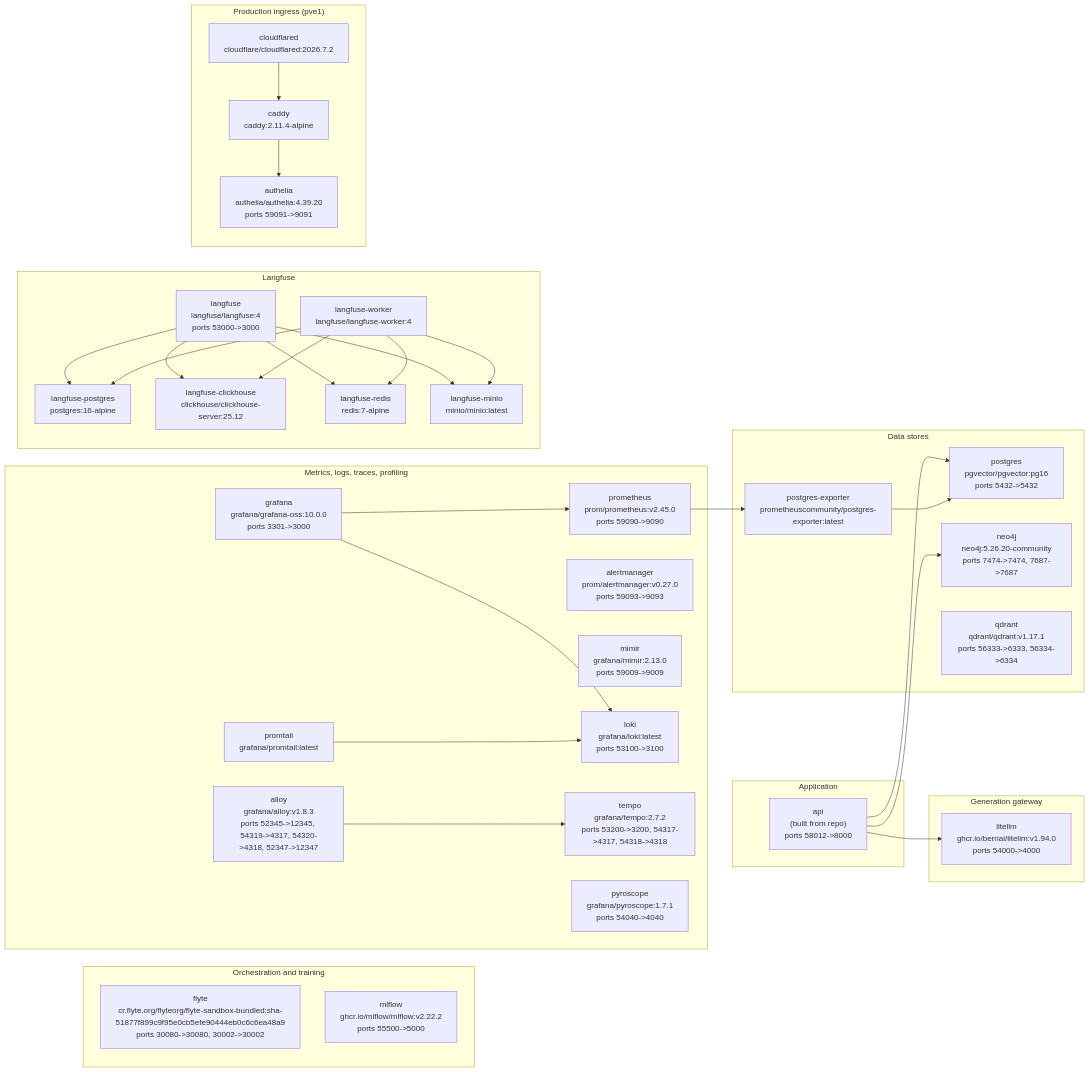
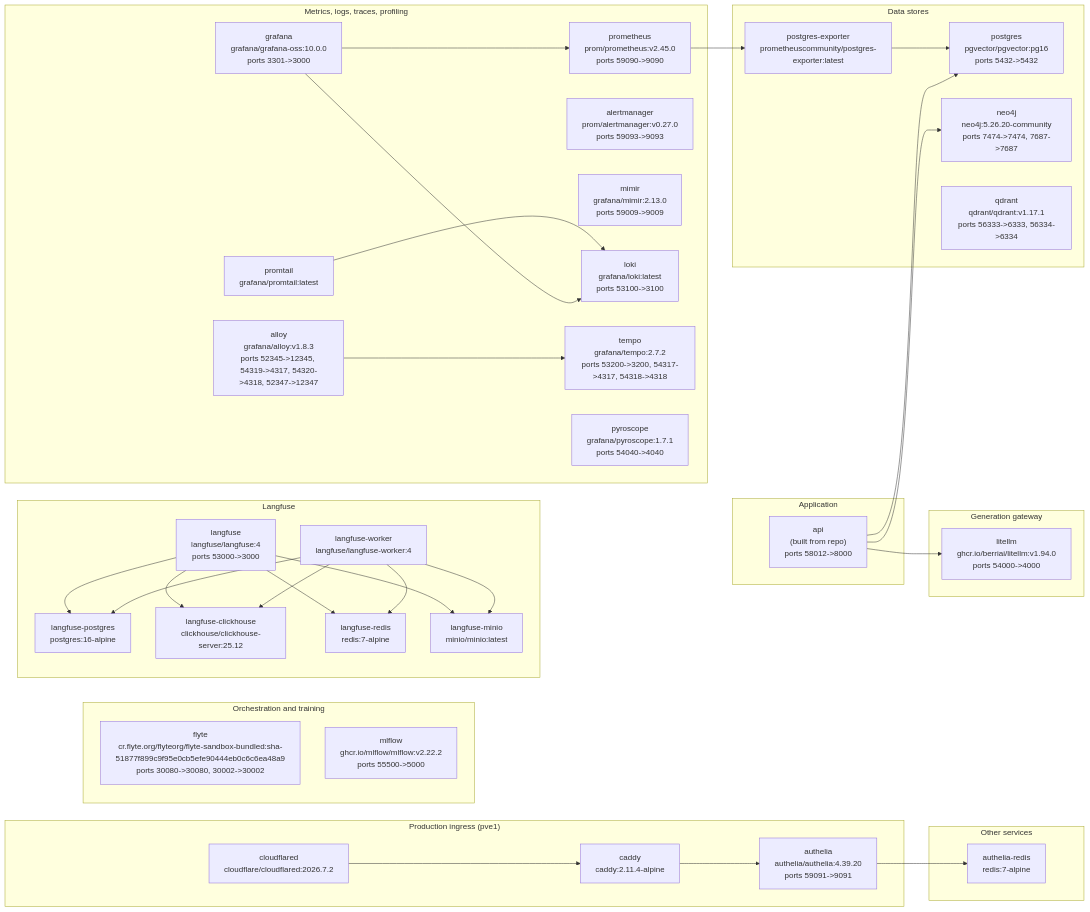
The diagram in mkdocs/docs/reference/architecture/runtime-topology.md (DMontgomery40/ragweld), drawn with Mermaid before and after one commit. The commit also changed other lines of this file and 4 other files, not shown here.

````diff
--- a/mkdocs/docs/reference/architecture/runtime-topology.md
+++ b/mkdocs/docs/reference/architecture/runtime-topology.md
@@ -10,62 +10,66 @@
 ```mermaid
 flowchart LR
     subgraph n_Application["Application"]
         n_api["api\n(built from repo)\nports 58012->8000"]
     end
     subgraph n_Data_stores["Data stores"]
         n_postgres["postgres\npgvector/pgvector:pg16\nports 5432->5432"]
         n_postgres_exporter["postgres-exporter\nprometheuscommunity/postgres-exporter:latest"]
         n_neo4j["neo4j\nneo4j:5.26.20-community\nports 7474->7474, 7687->7687"]
         n_qdrant["qdrant\nqdrant/qdrant:v1.17.1\nports 56333->6333, 56334->6334"]
     end
     subgraph n_Generation_gateway["Generation gateway"]
         n_litellm["litellm\nghcr.io/berriai/litellm:v1.94.0\nports 54000->4000"]
     end
     subgraph n_Orchestration_and_training["Orchestration and training"]
         n_flyte["flyte\ncr.flyte.org/flyteorg/flyte-sandbox-bundled:sha-51877f899c9f95e0cb5efe90444eb0c6c6ea48a9\nports 30080->30080, 30002->30002"]
         n_mlflow["mlflow\nghcr.io/mlflow/mlflow:v2.22.2\nports 55500->5000"]
     end
     subgraph n_Metrics__logs__traces__profiling["Metrics, logs, traces, profiling"]
         n_prometheus["prometheus\nprom/prometheus:v2.45.0\nports 59090->9090"]
         n_alertmanager["alertmanager\nprom/alertmanager:v0.27.0\nports 59093->9093"]
         n_mimir["mimir\ngrafana/mimir:2.13.0\nports 59009->9009"]
         n_loki["loki\ngrafana/loki:latest\nports 53100->3100"]
         n_promtail["promtail\ngrafana/promtail:latest"]
         n_tempo["tempo\ngrafana/tempo:2.7.2\nports 53200->3200, 54317->4317, 54318->4318"]
         n_alloy["alloy\ngrafana/alloy:v1.8.3\nports 52345->12345, 54319->4317, 54320->4318, 52347->12347"]
         n_pyroscope["pyroscope\ngrafana/pyroscope:1.7.1\nports 54040->4040"]
         n_grafana["grafana\ngrafana/grafana-oss:10.0.0\nports 3301->3000"]
     end
     subgraph n_Langfuse["Langfuse"]
         n_langfuse["langfuse\nlangfuse/langfuse:4\nports 53000->3000"]
         n_langfuse_worker["langfuse-worker\nlangfuse/langfuse-worker:4"]
         n_langfuse_postgres["langfuse-postgres\npostgres:16-alpine"]
         n_langfuse_clickhouse["langfuse-clickhouse\nclickhouse/clickhouse-server:25.12"]
         n_langfuse_redis["langfuse-redis\nredis:7-alpine"]
         n_langfuse_minio["langfuse-minio\nminio/minio:latest"]
     end
     subgraph n_Production_ingress__pve1_["Production ingress (pve1)"]
         n_cloudflared["cloudflared\ncloudflare/cloudflared:2026.7.2"]
         n_caddy["caddy\ncaddy:2.11.4-alpine"]
         n_authelia["authelia\nauthelia/authelia:4.39.20\nports 59091->9091"]
     end
+    subgraph n_other["Other services"]
+        n_authelia_redis["authelia-redis\nredis:7-alpine"]
+    end
     n_alloy --> n_tempo
     n_api --> n_postgres
     n_api --> n_neo4j
     n_api --> n_litellm
+    n_authelia --> n_authelia_redis
     n_caddy --> n_authelia
     n_cloudflared --> n_caddy
     n_grafana --> n_prometheus
     n_grafana --> n_loki
     n_langfuse --> n_langfuse_postgres
     n_langfuse --> n_langfuse_clickhouse
     n_langfuse --> n_langfuse_redis
     n_langfuse --> n_langfuse_minio
     n_langfuse_worker --> n_langfuse_postgres
     n_langfuse_worker --> n_langfuse_clickhouse
     n_langfuse_worker --> n_langfuse_redis
     n_langfuse_worker --> n_langfuse_minio
     n_postgres_exporter --> n_postgres
     n_prometheus --> n_postgres_exporter
     n_promtail --> n_loki
 ```
````
